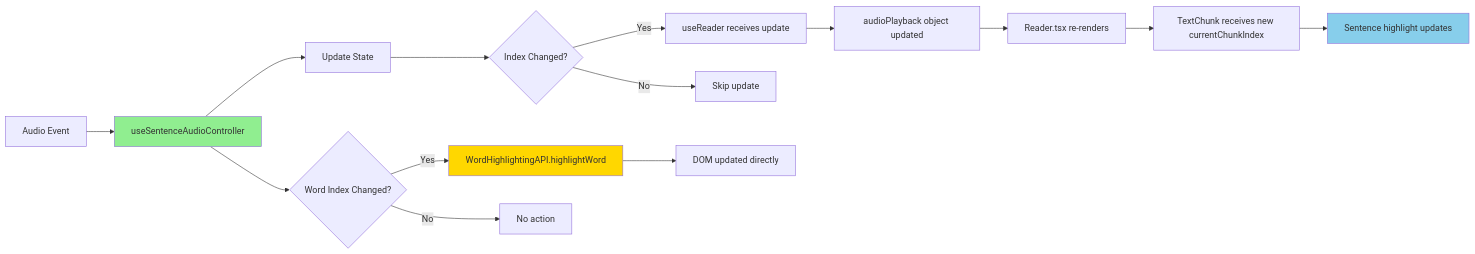
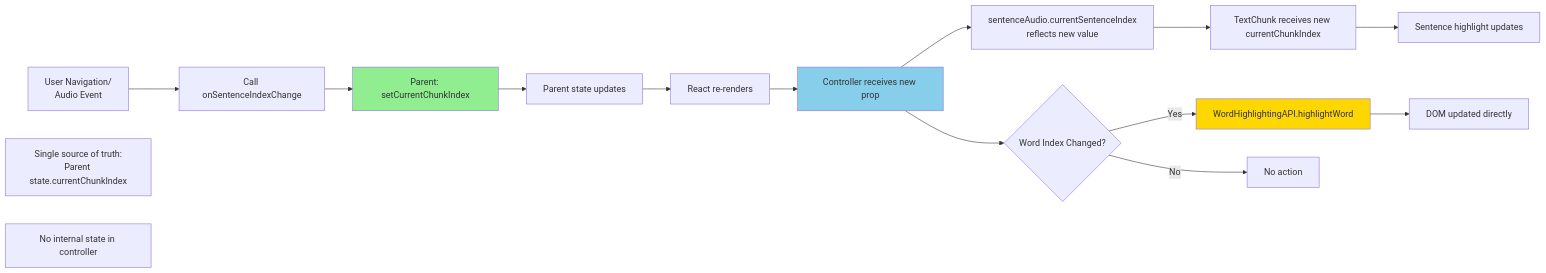
The fifth of 5 diagrams in src/client/routes/Reader/README.md (gileck/book-reader-app), drawn with Mermaid before and after one commit. The commit also changed other lines of this file, not shown here.

First line of the commit message:
docs: update README to reflect truly controlled component architecture

````diff
--- a/src/client/routes/Reader/README.md
+++ b/src/client/routes/Reader/README.md
@@ -1104,21 +1104,23 @@
 ```mermaid
 graph LR
-    A[Audio Event] --> B[useSentenceAudioController]
-    B --> C[Update State]
-    C --> D{Index Changed?}
-    D -->|Yes| E[useReader receives update]
-    D -->|No| F[Skip update]
-    E --> G[audioPlayback object updated]
-    G --> H[Reader.tsx re-renders]
-    H --> I[TextChunk receives new currentChunkIndex]
-    I --> J[Sentence highlight updates]
+    A[User Navigation/<br/>Audio Event] --> B[Call onSentenceIndexChange]
+    B --> C[Parent: setCurrentChunkIndex]
+    C --> D[Parent state updates]
+    D --> E[React re-renders]
+    E --> F[Controller receives new prop]
+    F --> G[sentenceAudio.currentSentenceIndex<br/>reflects new value]
+    G --> H[TextChunk receives new currentChunkIndex]
+    H --> I[Sentence highlight updates]
     
-    B --> K{Word Index Changed?}
-    K -->|Yes| L[WordHighlightingAPI.highlightWord]
-    K -->|No| M[No action]
-    L --> N[DOM updated directly]
+    F --> J{Word Index Changed?}
+    J -->|Yes| K[WordHighlightingAPI.highlightWord]
+    J -->|No| L[No action]
+    K --> M[DOM updated directly]
     
-    style B fill:#90EE90
-    style L fill:#FFD700
-    style J fill:#87CEEB
+    style C fill:#90EE90
+    style F fill:#87CEEB
+    style K fill:#FFD700
+    
+    Note1[Single source of truth:<br/>Parent state.currentChunkIndex]
+    Note2[No internal state in controller]
 ```
````
